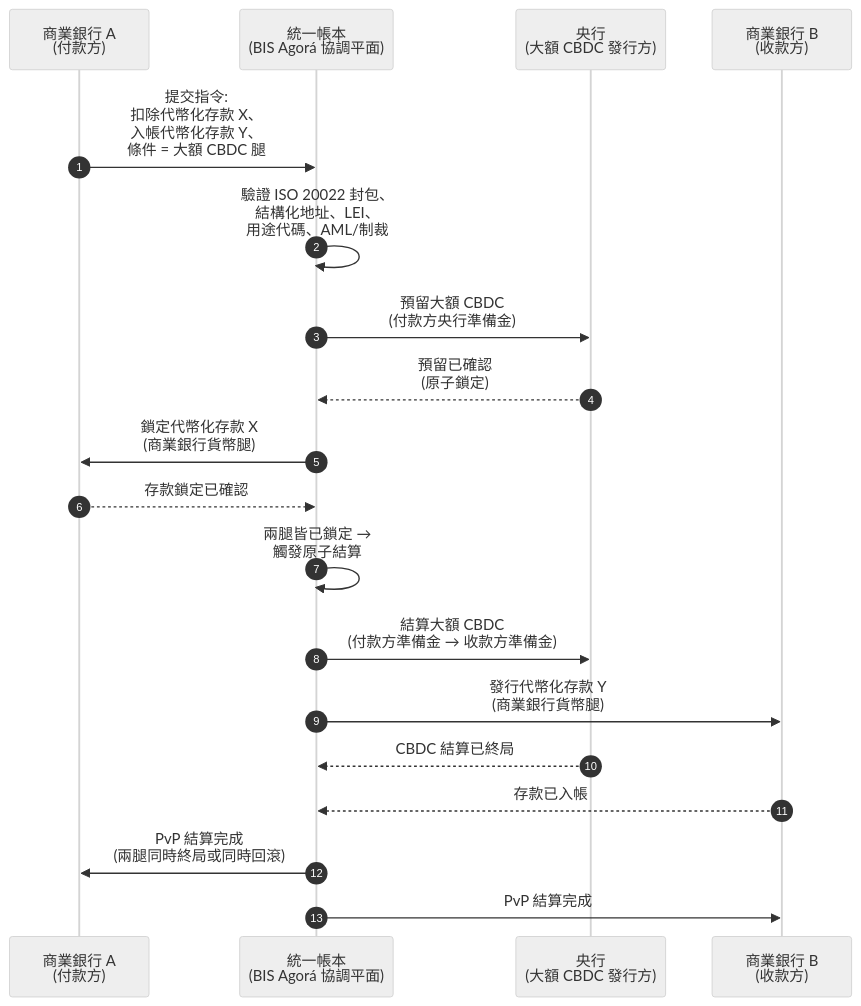
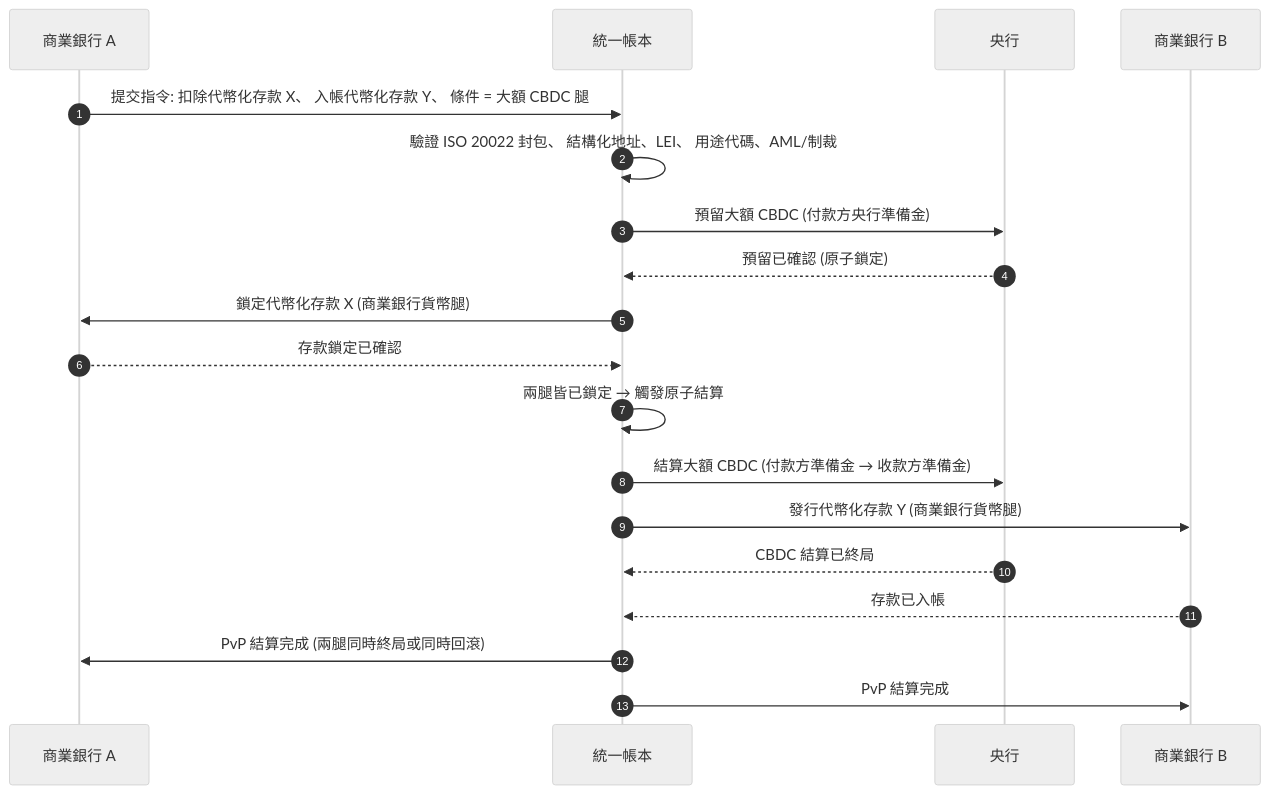
Before and after one commit to sebastienrousseau/sebastienrousseau.github.io: the diagram in _posts/zh-hant/2026-06-06-wholesale-payments-index-iso20022-tokenised-deposits-cross-border-2026.md, drawn with Mermaid (neutral theme). The commit also changed 2231 other files, not shown here.

First line of the commit message:
fix(mermaid): unblock Mermaid v10 rendering end-to-end (#198)

````diff
--- a/_posts/zh-hant/2026-06-06-wholesale-payments-index-iso20022-tokenised-deposits-cross-border-2026.md
+++ b/_posts/zh-hant/2026-06-06-wholesale-payments-index-iso20022-tokenised-deposits-cross-border-2026.md
@@ -170,22 +170,21 @@
 ```mermaid
 sequenceDiagram
     autonumber
-    participant CB_A as 商業銀行 A<br/>(付款方)
-    participant UL as 統一帳本<br/>(BIS Agorá 協調平面)
-    participant CBNK as 央行<br/>(大額 CBDC 發行方)
-    participant CB_B as 商業銀行 B<br/>(收款方)
-
-    CB_A->>UL: 提交指令:<br/>扣除代幣化存款 X、<br/>入帳代幣化存款 Y、<br/>條件 = 大額 CBDC 腿
-    UL->>UL: 驗證 ISO 20022 封包、<br/>結構化地址、LEI、<br/>用途代碼、AML/制裁
-    UL->>CBNK: 預留大額 CBDC<br/>(付款方央行準備金)
-    CBNK-->>UL: 預留已確認<br/>(原子鎖定)
-    UL->>CB_A: 鎖定代幣化存款 X<br/>(商業銀行貨幣腿)
+    participant CB_A as 商業銀行 A
+    participant UL as 統一帳本
+    participant CBNK as 央行
+    participant CB_B as 商業銀行 B
+    CB_A->>UL: 提交指令: 扣除代幣化存款 X、 入帳代幣化存款 Y、 條件 = 大額 CBDC 腿
+    UL->>UL: 驗證 ISO 20022 封包、 結構化地址、LEI、 用途代碼、AML/制裁
+    UL->>CBNK: 預留大額 CBDC (付款方央行準備金)
+    CBNK-->>UL: 預留已確認 (原子鎖定)
+    UL->>CB_A: 鎖定代幣化存款 X (商業銀行貨幣腿)
     CB_A-->>UL: 存款鎖定已確認
-    UL->>UL: 兩腿皆已鎖定 →<br/>觸發原子結算
-    UL->>CBNK: 結算大額 CBDC<br/>(付款方準備金 → 收款方準備金)
-    UL->>CB_B: 發行代幣化存款 Y<br/>(商業銀行貨幣腿)
+    UL->>UL: 兩腿皆已鎖定 → 觸發原子結算
+    UL->>CBNK: 結算大額 CBDC (付款方準備金 → 收款方準備金)
+    UL->>CB_B: 發行代幣化存款 Y (商業銀行貨幣腿)
     CBNK-->>UL: CBDC 結算已終局
     CB_B-->>UL: 存款已入帳
-    UL->>CB_A: PvP 結算完成<br/>(兩腿同時終局或同時回滾)
+    UL->>CB_A: PvP 結算完成 (兩腿同時終局或同時回滾)
     UL->>CB_B: PvP 結算完成
 ```
````
